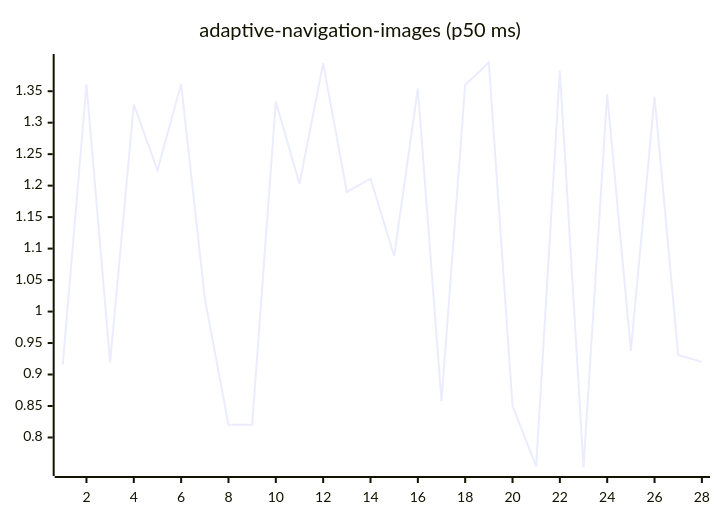
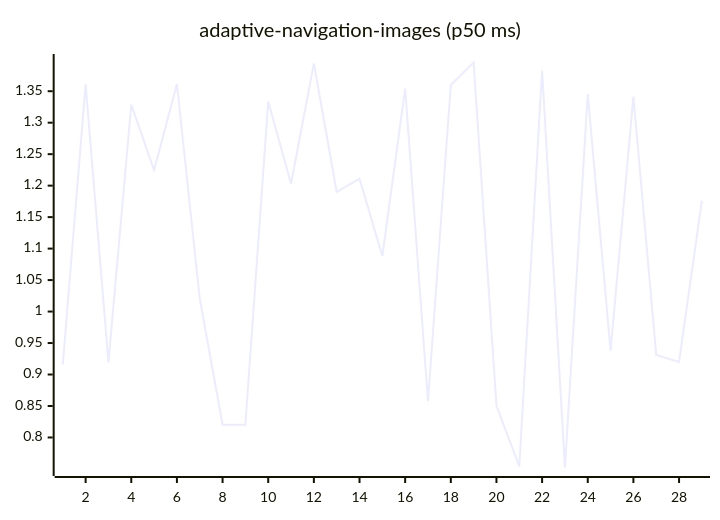
The first of 27 diagrams in README.md (josha/Facet), drawn with Mermaid before and after one commit. The commit also changed other lines of this file and 2 other files, not shown here.

````diff
--- a/README.md
+++ b/README.md
@@ -63,6 +63,6 @@
 ```mermaid
 xychart-beta
     title "adaptive-navigation-images (p50 ms)"
-    x-axis 1 --> 28
-    line [0.9159, 1.3609, 0.9193, 1.3288, 1.2245, 1.3615, 1.0208, 0.8202, 0.8203, 1.3336, 1.2030, 1.3942, 1.1900, 1.2110, 1.0882, 1.3541, 0.8576, 1.3599, 1.3956, 0.8504, 0.7540, 1.3829, 0.7523, 1.3455, 0.9380, 1.3415, 0.9312, 0.9201]
+    x-axis 1 --> 29
+    line [0.9159, 1.3609, 0.9193, 1.3288, 1.2245, 1.3615, 1.0208, 0.8202, 0.8203, 1.3336, 1.2030, 1.3942, 1.1900, 1.2110, 1.0882, 1.3541, 0.8576, 1.3599, 1.3956, 0.8504, 0.7540, 1.3829, 0.7523, 1.3455, 0.9380, 1.3415, 0.9312, 0.9201, 1.1763]
 ```
````
